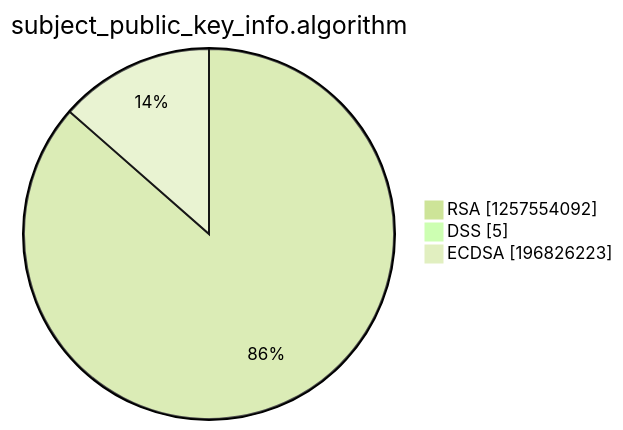
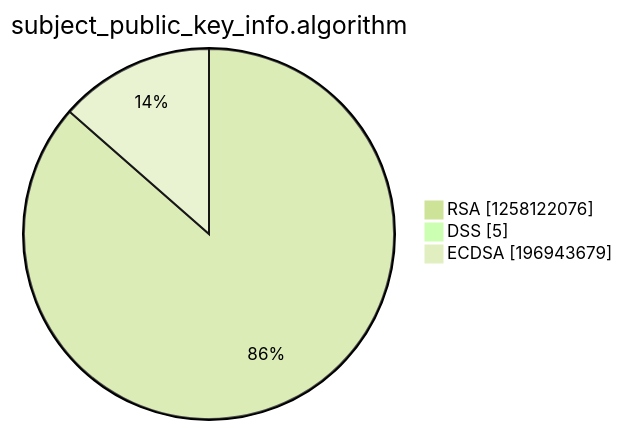
One commit to christiankrug/ctmonitor_visualization changed the third of 15 diagrams in argon2022/README.md. Above: the diagram before and after it, drawn with Mermaid (forest theme). The commit also changed other lines of this file, not shown here.

````diff
--- a/argon2022/README.md
+++ b/argon2022/README.md
@@ -14,7 +14,7 @@
 ```mermaid
 pie showData
 title subject_public_key_info.algorithm
-"RSA" :1257554092
+"RSA" :1258122076
 "DSS" :5
-"ECDSA" :196826223
+"ECDSA" :196943679
 ```
````
